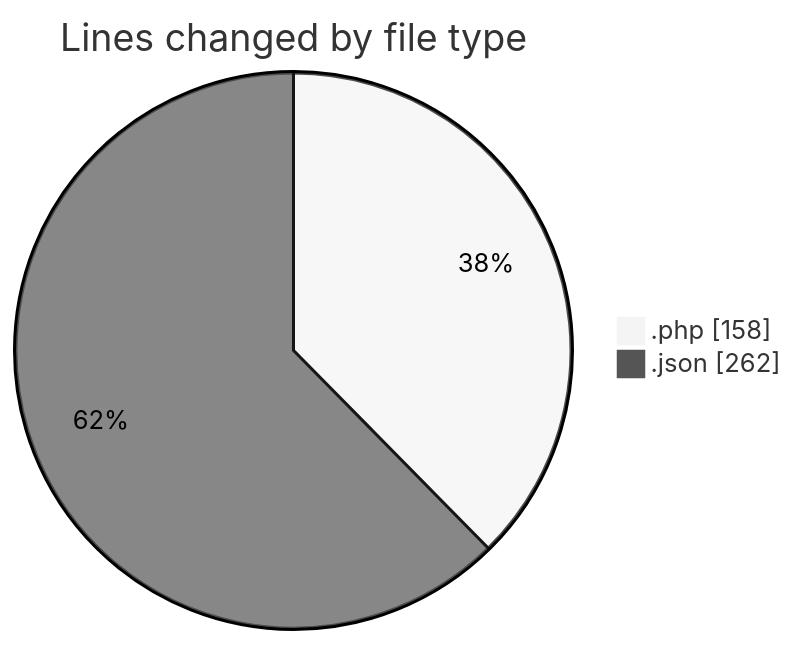
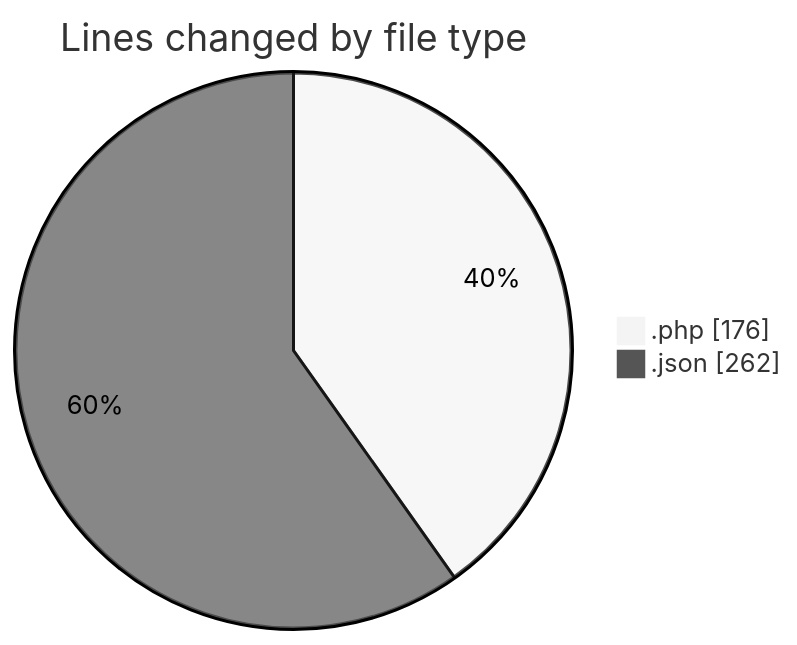
One commit to idhammustaqopulfikri/code-tracking changed the first of 2 diagrams in 2025-11-01/futsal_rekomendasi/README.md. Above: the diagram before and after it, drawn with Mermaid (neutral theme). The commit also changed other lines of this file and 1 other file, not shown here.

````diff
--- a/2025-11-01/futsal_rekomendasi/README.md
+++ b/2025-11-01/futsal_rekomendasi/README.md
@@ -27,6 +27,6 @@
 ```mermaid
 pie showData
 title Lines changed by file type
-".php" : 158
+".php" : 176
 ".json" : 262
 ```
````
